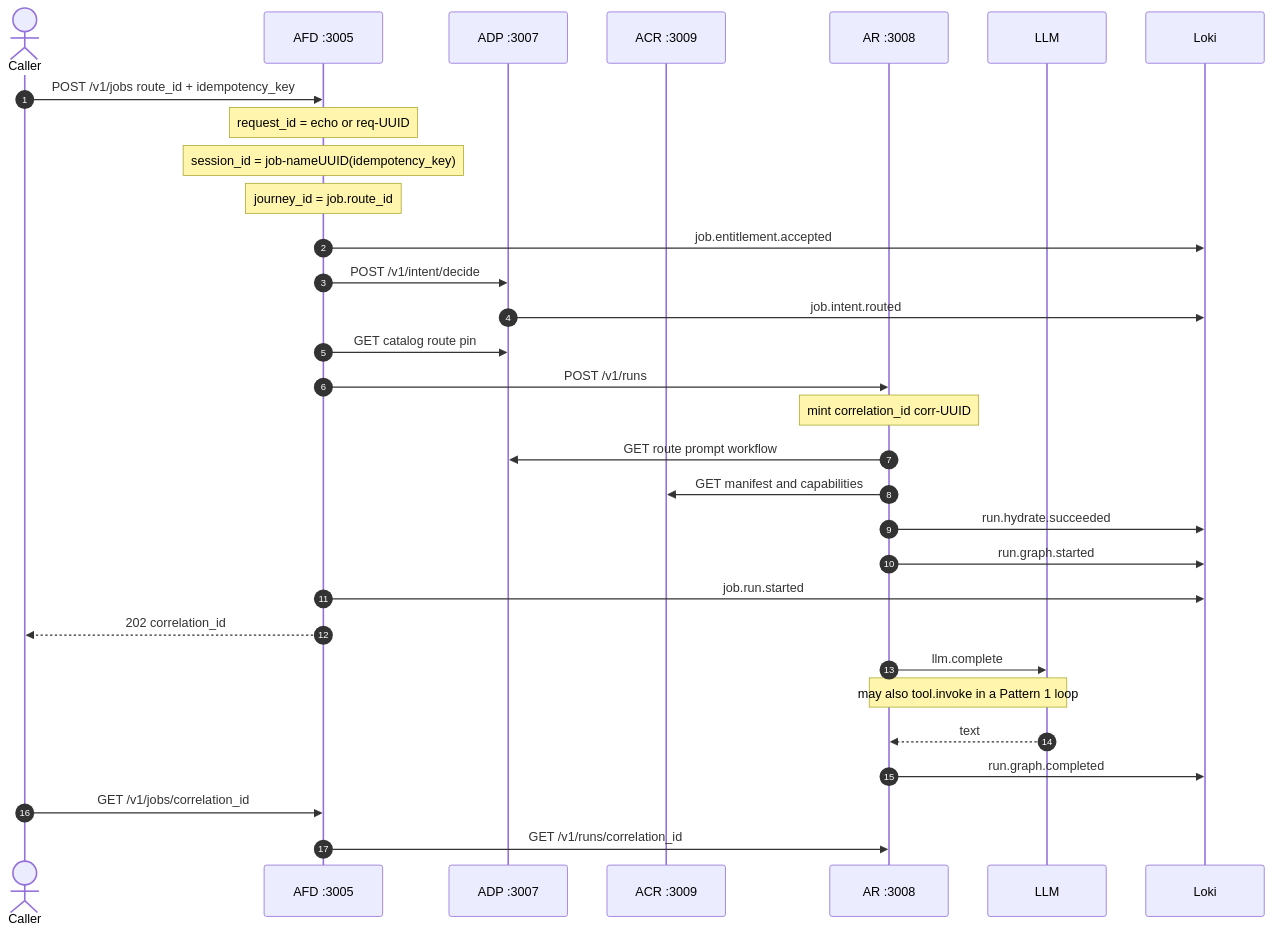
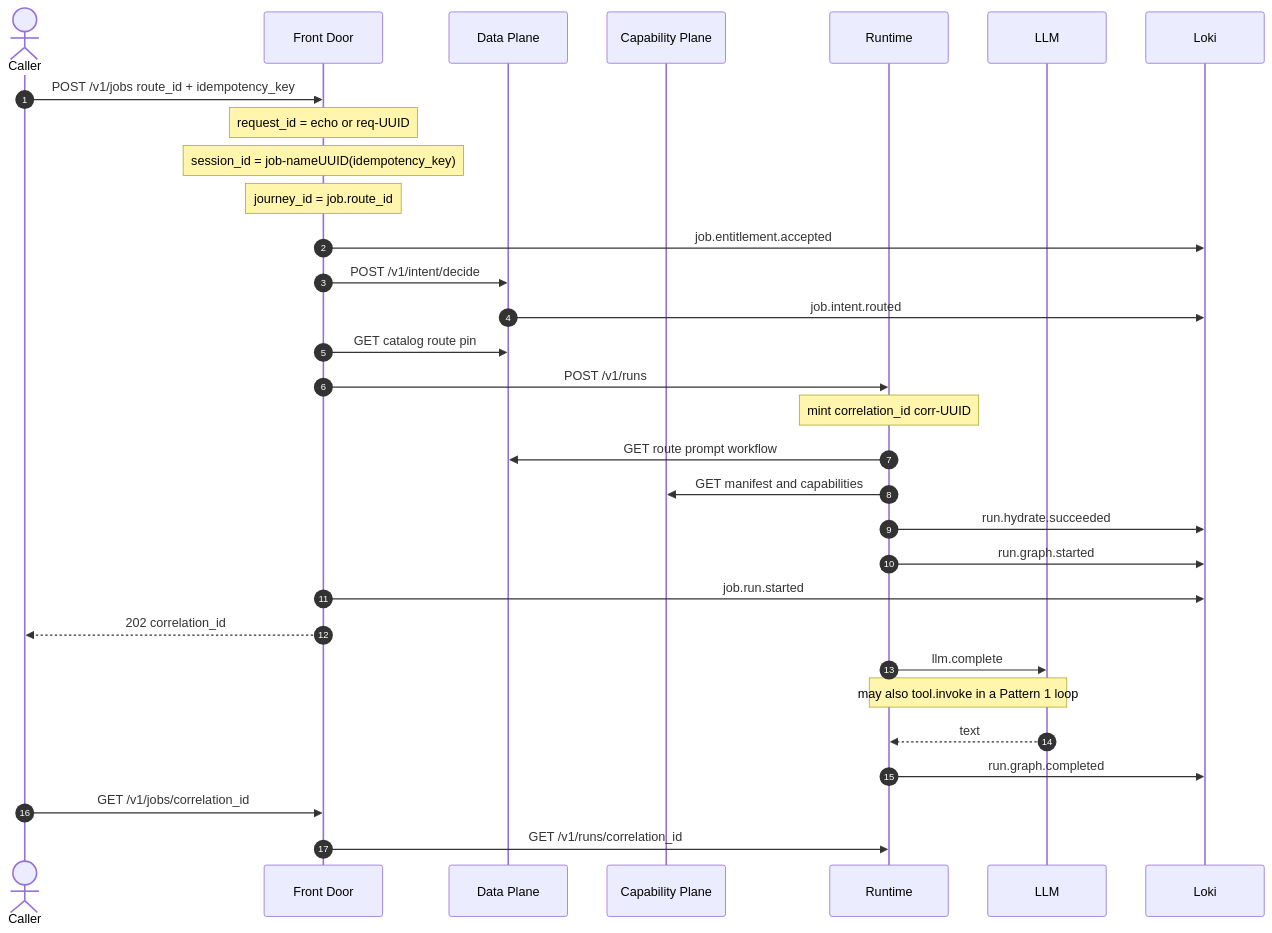
Before and after one commit to iamsharmajitender/enterprise-agent-fabric: the first of 6 diagrams in agent-fabric-docs/docs/01-concepts/03-executing-a-request/04-identifiers.md, drawn with Mermaid. The commit also changed other lines of this file and 39 other files, not shown here.

````diff
--- a/agent-fabric-docs/docs/01-concepts/03-executing-a-request/04-identifiers.md
+++ b/agent-fabric-docs/docs/01-concepts/03-executing-a-request/04-identifiers.md
@@ -104,34 +104,34 @@
 ```mermaid
 sequenceDiagram
   autonumber
   actor Caller
-  participant AFD as AFD :3005
-  participant ADP as ADP :3007
-  participant ACR as ACR :3009
-  participant AR as AR :3008
+  participant AFD as Front Door
+  participant ADP as Data Plane
+  participant ACR as Capability Plane
+  participant AR as Runtime
   participant LLM as LLM
   participant Loki as Loki
 
   Caller->>AFD: POST /v1/jobs route_id + idempotency_key
   Note over AFD: request_id = echo or req-UUID
   Note over AFD: session_id = job-nameUUID(idempotency_key)
   Note over AFD: journey_id = job.route_id
   AFD->>Loki: job.entitlement.accepted
   AFD->>ADP: POST /v1/intent/decide
   ADP->>Loki: job.intent.routed
   AFD->>ADP: GET catalog route pin
   AFD->>AR: POST /v1/runs
   Note over AR: mint correlation_id corr-UUID
   AR->>ADP: GET route prompt workflow
   AR->>ACR: GET manifest and capabilities
   AR->>Loki: run.hydrate.succeeded
   AR->>Loki: run.graph.started
   AFD->>Loki: job.run.started
   AFD-->>Caller: 202 correlation_id
   AR->>LLM: llm.complete
   Note over AR,LLM: may also tool.invoke in a Pattern 1 loop
   LLM-->>AR: text
   AR->>Loki: run.graph.completed
   Caller->>AFD: GET /v1/jobs/correlation_id
   AFD->>AR: GET /v1/runs/correlation_id
 ```
````
